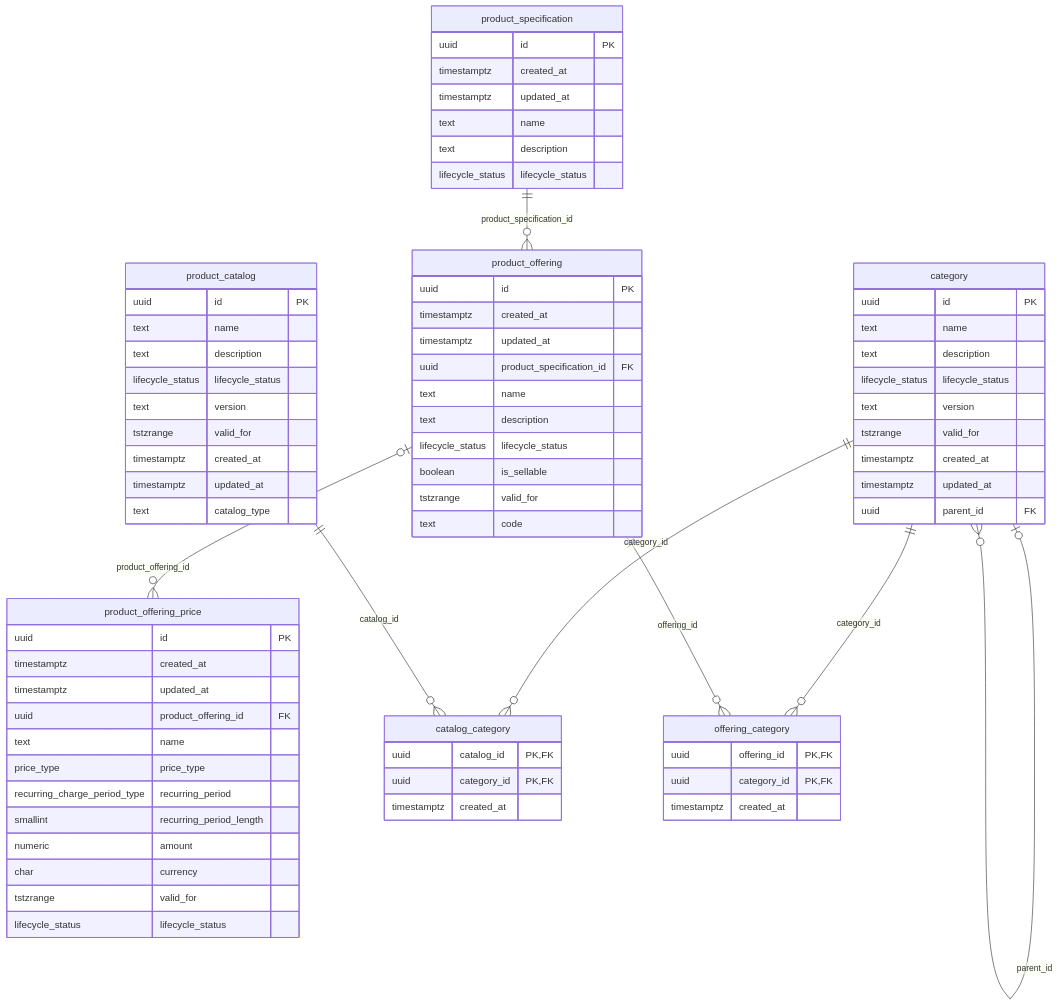
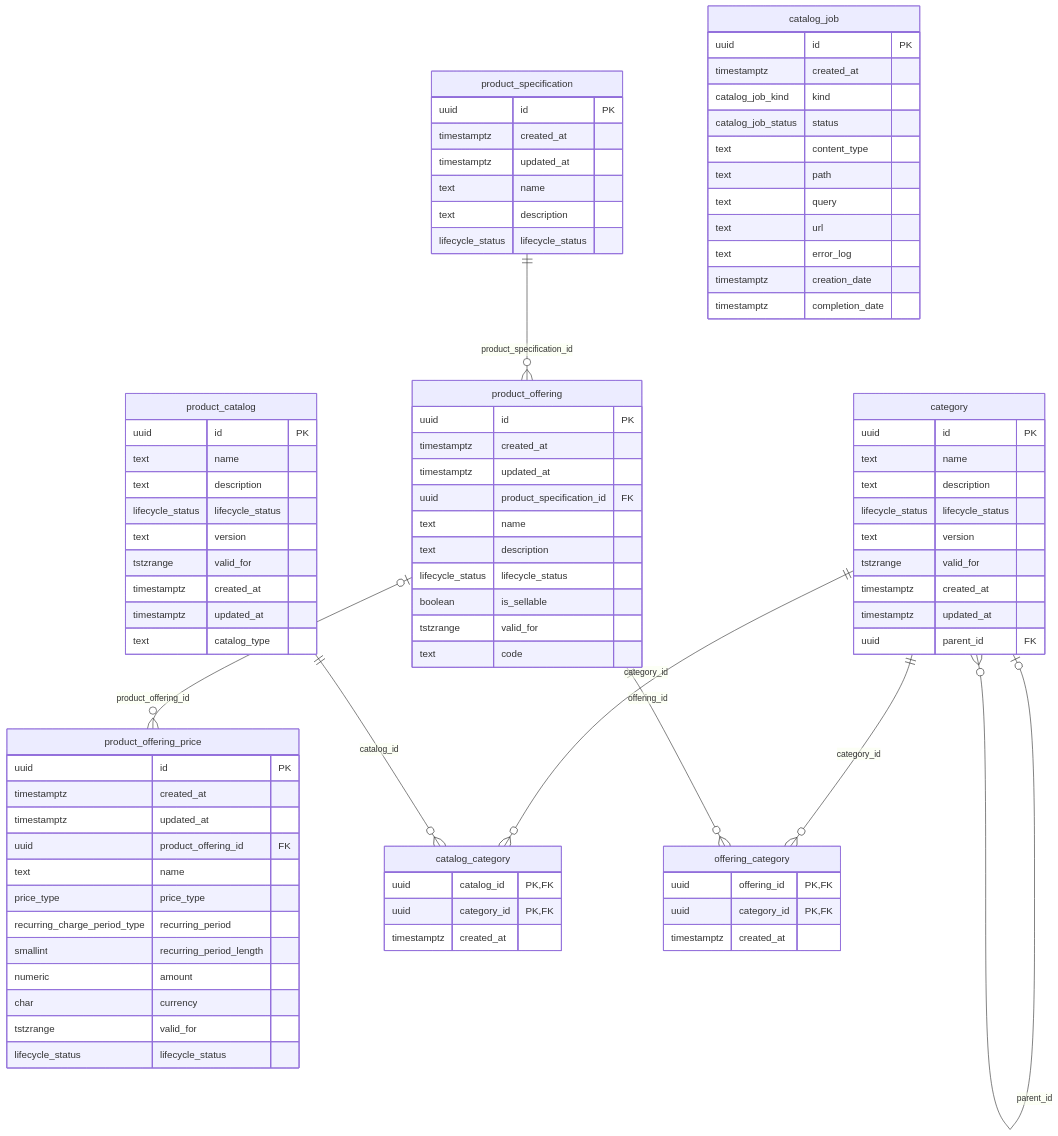
The third of 7 diagrams in docs/db/README.md (altharmz/bss), drawn with Mermaid before and after one commit. The commit also changed other lines of this file and 25 other files, not shown here.

First line of the commit message:
TMF620 import and export jobs: the catalog as a data: URL

```diff
--- a/docs/db/README.md
+++ b/docs/db/README.md
@@ -283,6 +285,19 @@
     uuid category_id PK,FK
     timestamptz created_at
   }
+  catalog_job {
+    uuid id PK
+    timestamptz created_at
+    catalog_job_kind kind
+    catalog_job_status status
+    text content_type
+    text path
+    text query
+    text url
+    text error_log
+    timestamptz creation_date
+    timestamptz completion_date
+  }
   category |o--o{ category : "parent_id"
   category ||--o{ catalog_category : "category_id"
   category ||--o{ offering_category : "category_id"
```
